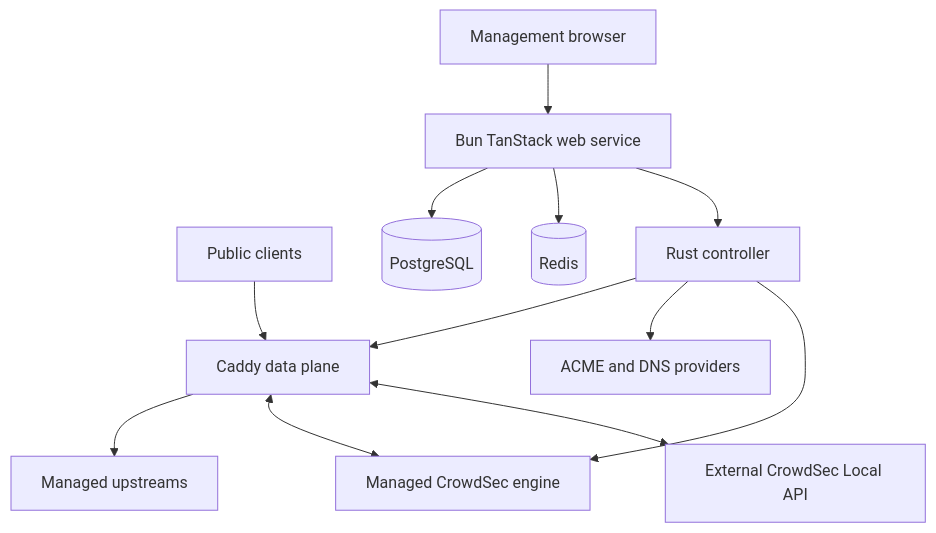
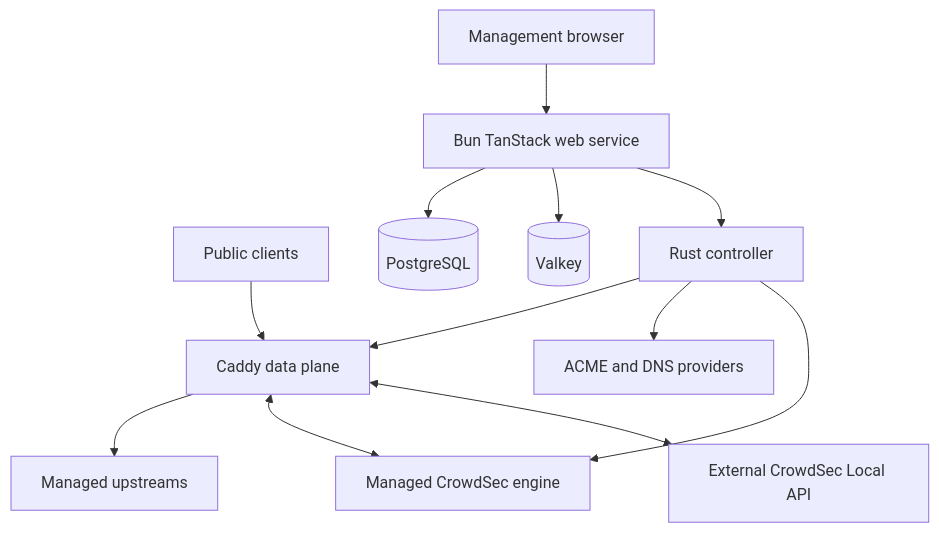
One commit to RentnerKev/RentnerProxy changed the diagram in ARCHITECTURE.md. Above: the diagram before and after it, drawn with Mermaid. The commit also changed other lines of this file and 60 other files, not shown here.

First line of the commit message:
feat(runtime)!: replace Redis with Valkey 9.1.2 (#149)

````diff
--- a/ARCHITECTURE.md
+++ b/ARCHITECTURE.md
@@ -12,14 +12,14 @@
 ```mermaid
 flowchart TD
     U[Management browser] --> W[Bun TanStack web service]
     Q[Public clients] --> D[Caddy data plane]
     W --> P[(PostgreSQL)]
-    W --> R[(Redis)]
+    W --> R[(Valkey)]
     W --> C[Rust controller]
     C --> D
     D --> X[Managed upstreams]
     C --> A[ACME and DNS providers]
     C --> S[Managed CrowdSec engine]
     D <--> S
     D <--> E[External CrowdSec Local API]
 ```
````
